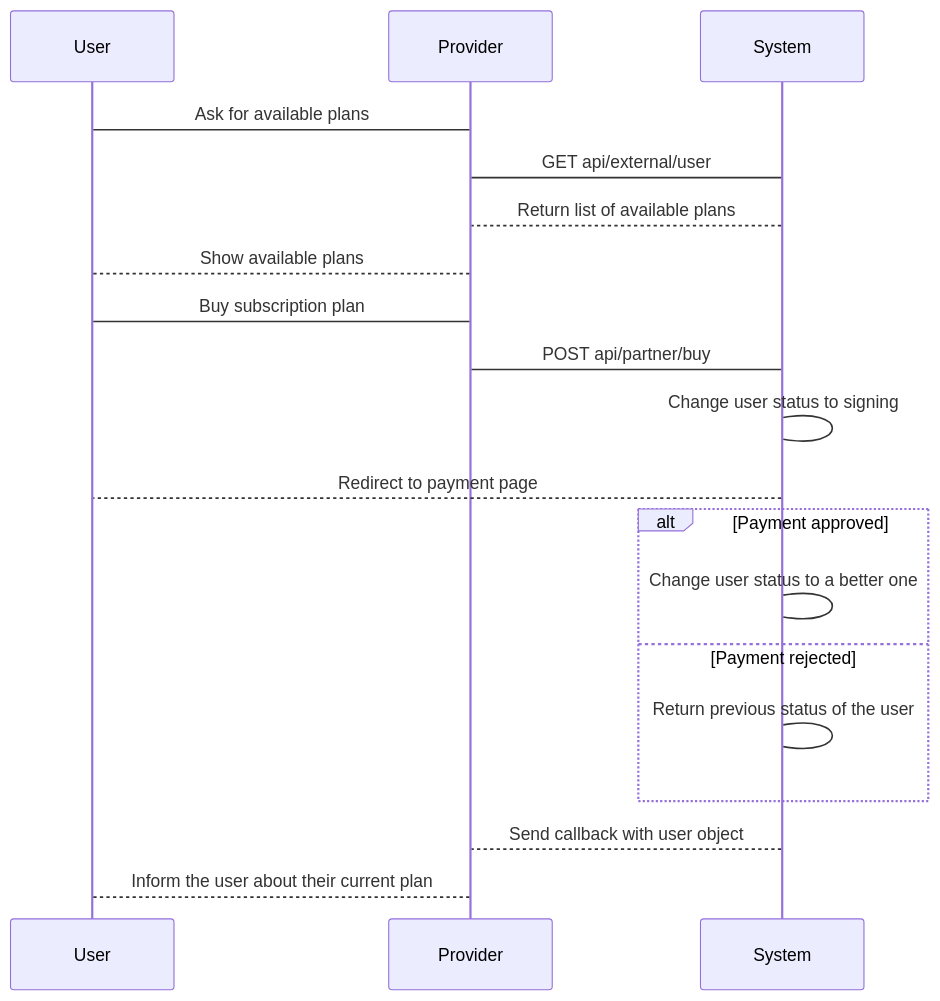
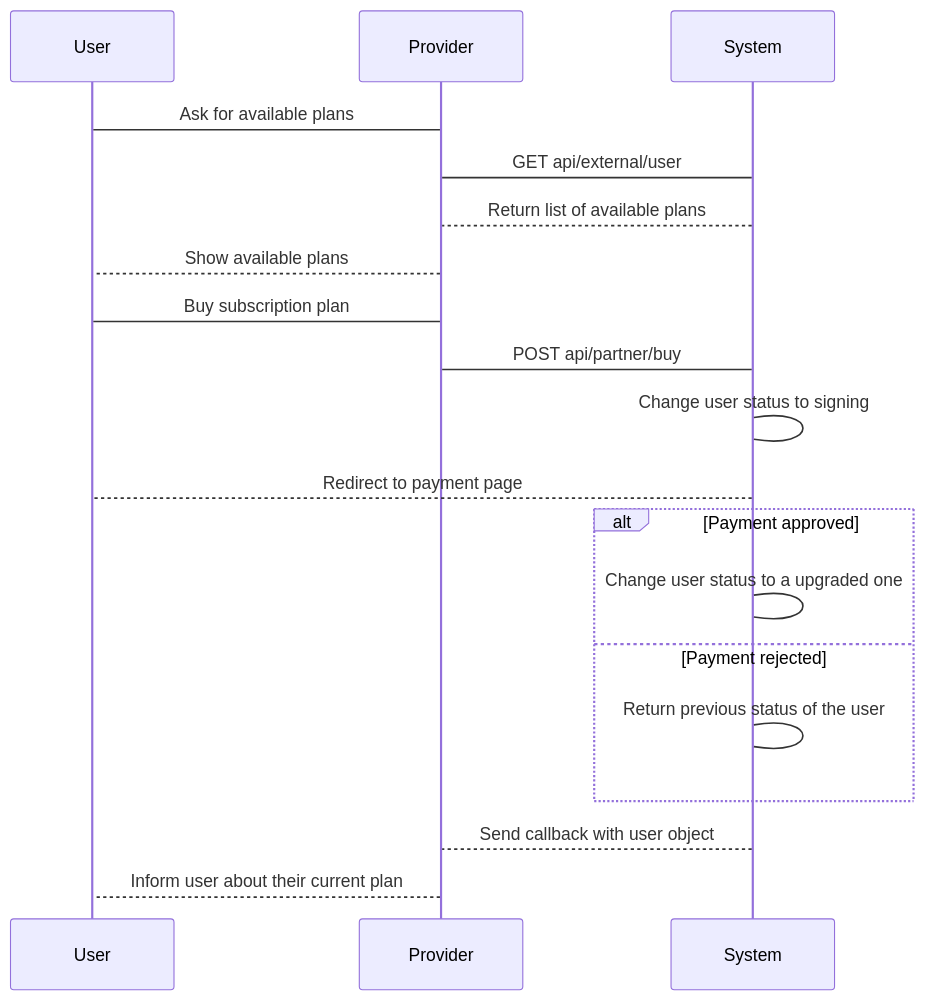
Before and after one commit to mrflanderss/test_task: the diagram in README.md, drawn with Mermaid. The commit also changed other lines of this file and 1 other file, not shown here.

````diff
--- a/README.md
+++ b/README.md
@@ -101,18 +101,18 @@
 ```mermaid
 sequenceDiagram
-User -> Provider: Ask  for available plans
+User -> Provider: Ask for available plans
 Provider -> System: GET api/external/user
-System --> Provider: Return  list  of available plans
+System --> Provider: Return list of available plans
 Provider --> User: Show available plans
 User -> Provider: Buy subscription plan
 Provider -> System: POST api/partner/buy
 System -> System: Change user status to signing
 System --> User: Redirect to payment page
 alt Payment approved
-System -> System: Change user status to a better one
+System -> System: Change user status to a upgraded one
 else  Payment rejected
 System -> System: Return previous status of the user
 end
 System --> Provider: Send callback with user object
-Provider --> User: Inform the user about their current plan
+Provider --> User: Inform user about their current plan
 ```
````
